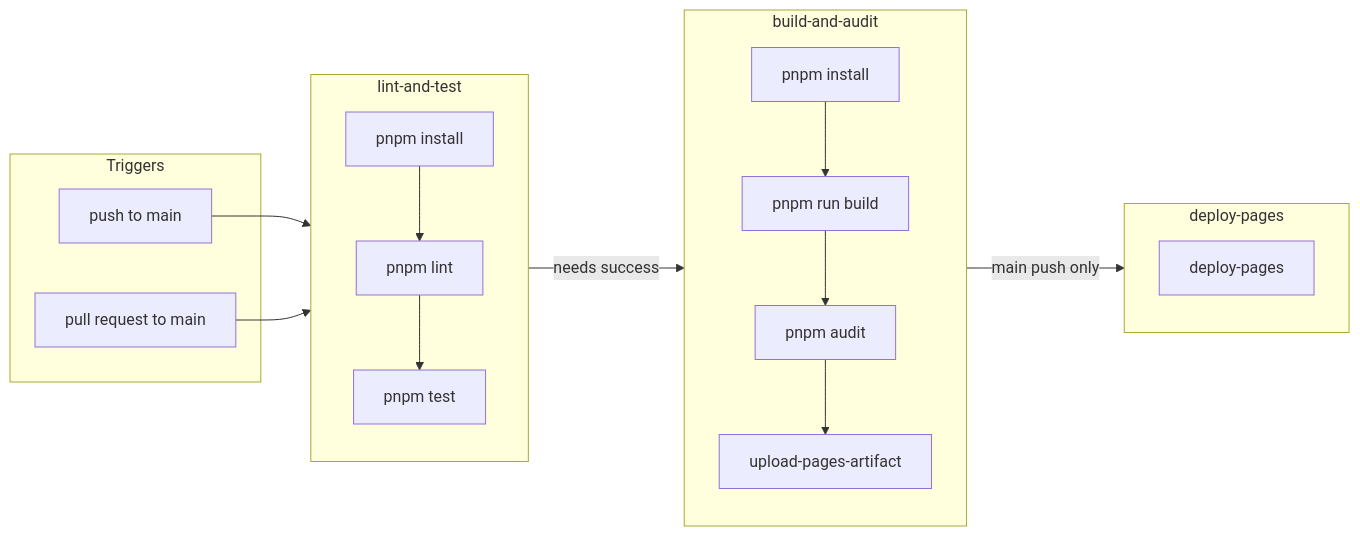
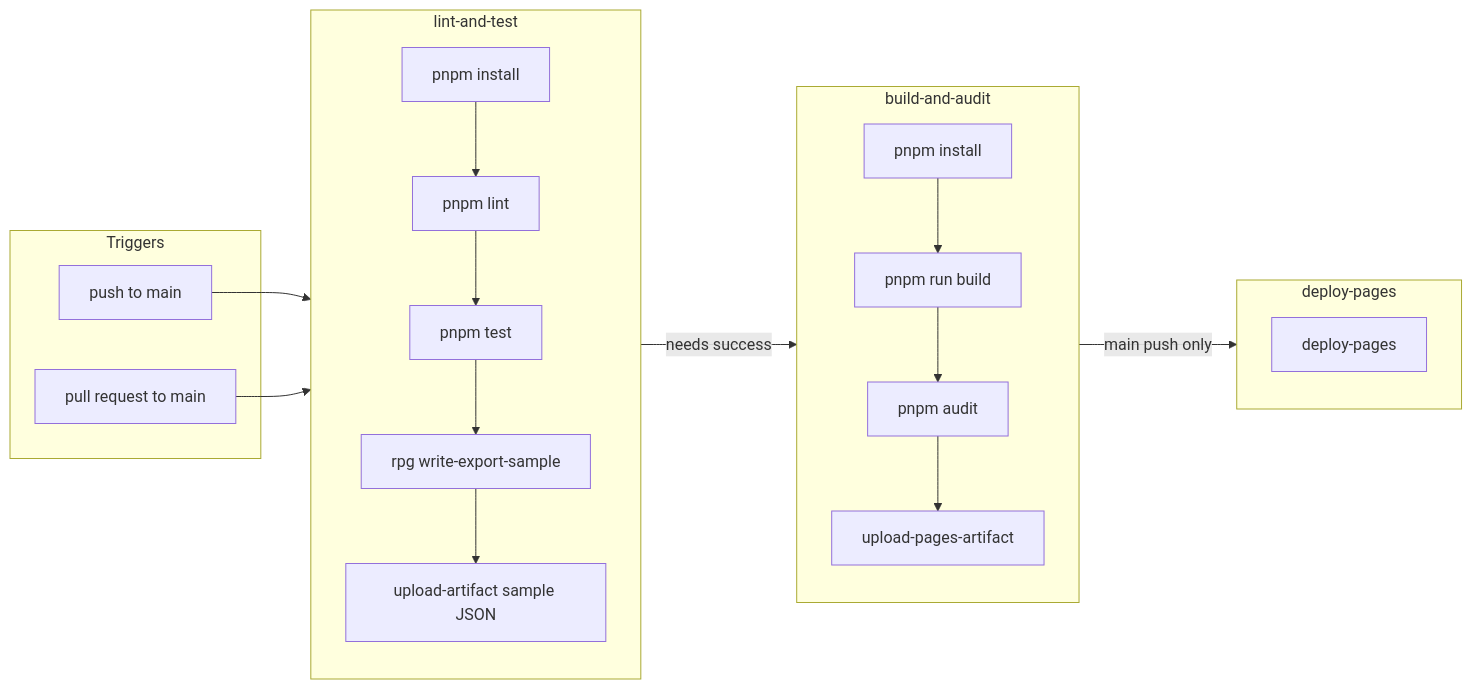
The diagram in README.md (VRossi18/RickAndMortyPortal), drawn with Mermaid before and after one commit. The commit also changed other lines of this file, not shown here.

````diff
--- a/README.md
+++ b/README.md
@@ -25,27 +25,29 @@
 ```mermaid
 flowchart LR
    subgraph trigger [Triggers]
       push[push to main]
       pr[pull request to main]
    end
    subgraph job1 [lint-and-test]
       install1[pnpm install]
       lint[pnpm lint]
       test[pnpm test]
-      install1 --> lint --> test
+      rpgSample[rpg write-export-sample]
+      artifact[upload-artifact sample JSON]
+      install1 --> lint --> test --> rpgSample --> artifact
    end
    subgraph job2 [build-and-audit]
       install2[pnpm install]
       build[pnpm run build]
       audit[pnpm audit]
       upload[upload-pages-artifact]
       install2 --> build --> audit --> upload
    end
    subgraph job3 [deploy-pages]
       deploy[deploy-pages]
    end
    push --> job1
    pr --> job1
    job1 -->|needs success| job2
    job2 -->|main push only| job3
 ```
````
